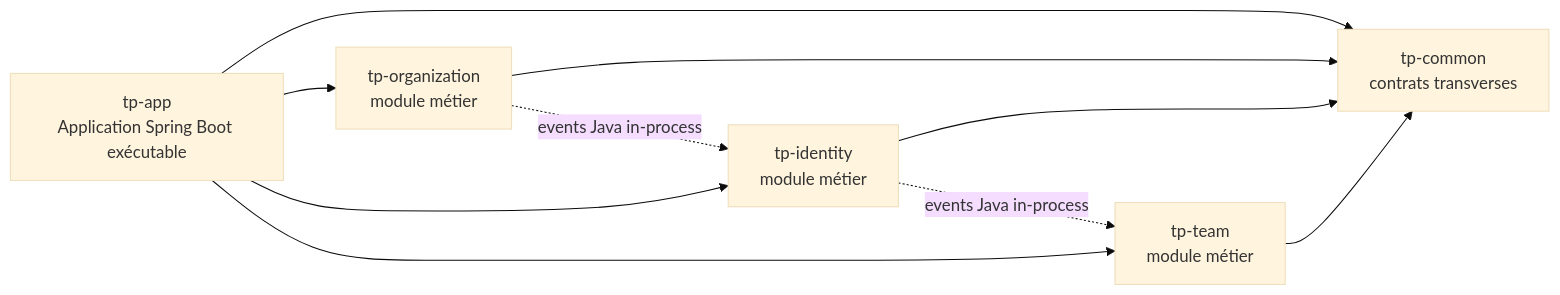
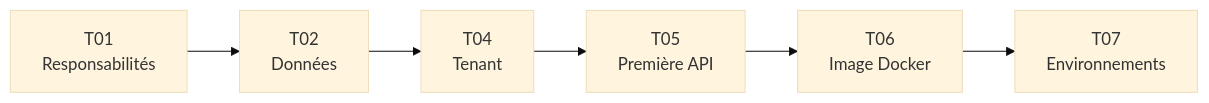
Before and after one commit to amrine/from-dev-to-architect: the third of 7 diagrams in slidev/pages/weeks/W001.md, drawn with Mermaid (base theme). The commit also changed other lines of this file and 38 other files, not shown here.

````diff
--- a/slidev/pages/weeks/W001.md
+++ b/slidev/pages/weeks/W001.md
@@ -113,19 +473,8 @@
-```mermaid {scale: 0.85}
+```mermaid {scale: 0.66}
 flowchart LR
-  App["tp-app<br/>Application Spring Boot exécutable"]
-  Common["tp-common<br/>contrats transverses"]
-  Org["tp-organization<br/>module métier"]
-  Identity["tp-identity<br/>module métier"]
-  Team["tp-team<br/>module métier"]
-
-  App --> Common
-  App --> Org
-  App --> Identity
-  App --> Team
-  Org --> Common
-  Identity --> Common
-  Team --> Common
-
-  Org -. "events Java in-process" .-> Identity
-  Identity -. "events Java in-process" .-> Team
+  T01["T01<br/>Responsabilités"] --> T02["T02<br/>Données"]
+  T02 --> T04["T04<br/>Tenant"]
+  T04 --> T05["T05<br/>Première API"]
+  T05 --> T06["T06<br/>Image Docker"]
+  T06 --> T07["T07<br/>Environnements"]
 ```
````
